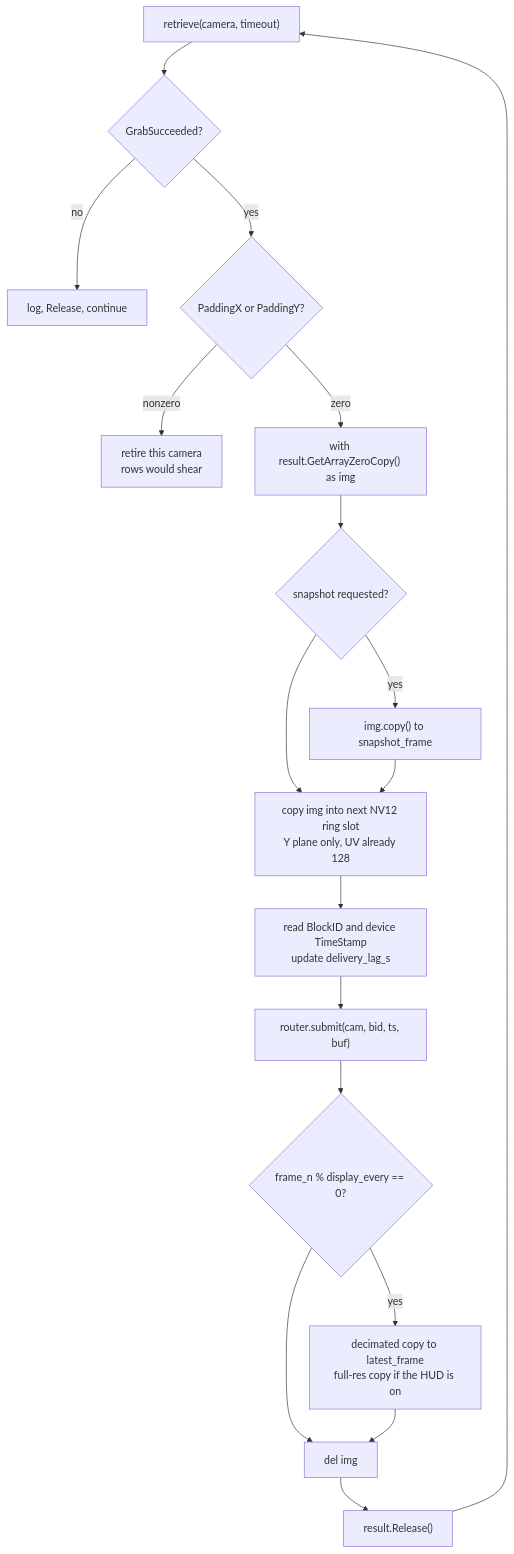
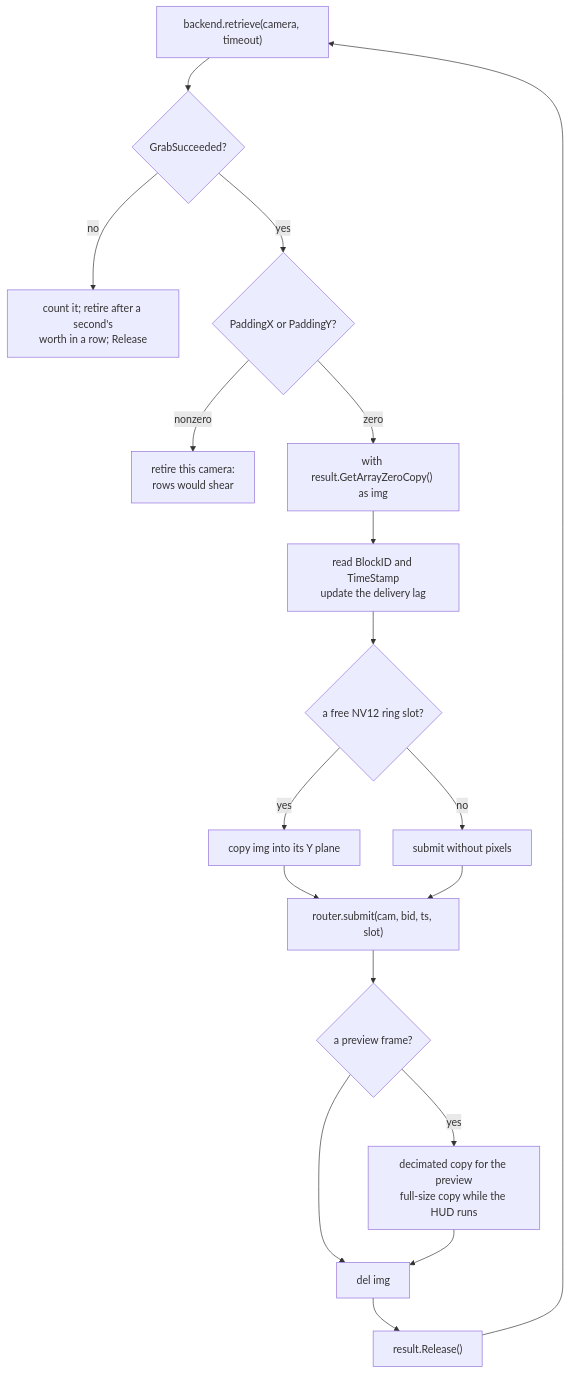
Before and after one commit to talmolab/panopticon: the third of 6 diagrams in docs/INTERNALS.md, drawn with Mermaid. The commit also changed other lines of this file, not shown here.

````diff
--- a/docs/INTERNALS.md
+++ b/docs/INTERNALS.md
@@ -576,20 +554,20 @@
 ```mermaid
 flowchart TD
-  R["retrieve(camera, timeout)"] --> G{"GrabSucceeded?"}
-  G -->|"no"| REL0["log, Release, continue"]
+  R["backend.retrieve(camera, timeout)"] --> G{"GrabSucceeded?"}
+  G -->|"no"| F["count it; retire after a second's<br>worth in a row; Release"]
   G -->|"yes"| P{"PaddingX or PaddingY?"}
-  P -->|"nonzero"| RET["retire this camera<br>rows would shear"]
+  P -->|"nonzero"| RET["retire this camera:<br>rows would shear"]
   P -->|"zero"| ZC["with result.GetArrayZeroCopy() as img"]
-  ZC --> SNAP{"snapshot requested?"}
-  SNAP -->|"yes"| SC["img.copy() to snapshot_frame"]
-  SNAP --> CP["copy img into next NV12 ring slot<br>Y plane only, UV already 128"]
-  SC --> CP
-  CP --> BID["read BlockID and device TimeStamp<br>update delivery_lag_s"]
-  BID --> SUB["router.submit(cam, bid, ts, buf)"]
-  SUB --> DISP{"frame_n % display_every == 0?"}
-  DISP -->|"yes"| DS["decimated copy to latest_frame<br>full-res copy if the HUD is on"]
+  ZC --> BID["read BlockID and TimeStamp<br>update the delivery lag"]
+  BID --> SLOT{"a free NV12 ring slot?"}
+  SLOT -->|"yes"| CP["copy img into its Y plane"]
+  SLOT -->|"no"| NOPIX["submit without pixels"]
+  CP --> SUB["router.submit(cam, bid, ts, slot)"]
+  NOPIX --> SUB
+  SUB --> DISP{"a preview frame?"}
+  DISP -->|"yes"| DS["decimated copy for the preview<br>full-size copy while the HUD runs"]
   DISP --> DEL["del img"]
   DS --> DEL
   DEL --> RELE["result.Release()"]
   RELE --> R
 ```
````
